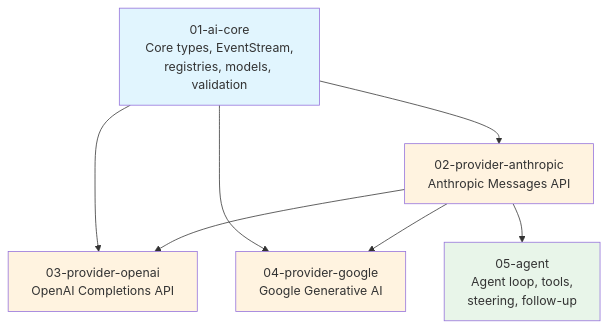
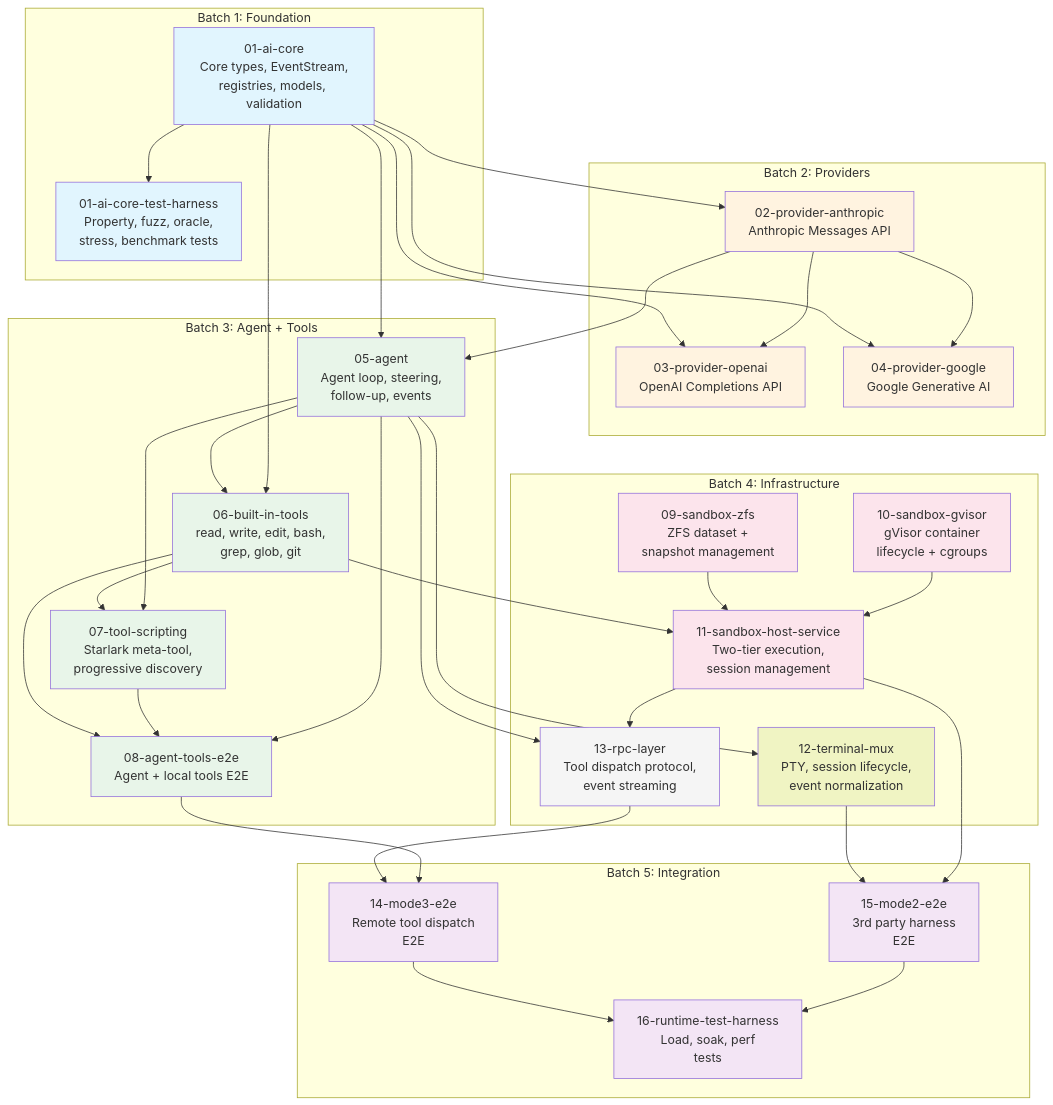
One commit to dcosson/flex-agent-runtime changed the diagram in docs/plans/00-plan-index.md. Above: the diagram before and after it, drawn with Mermaid. The commit also changed other lines of this file and 1 other file, not shown here.

First line of the commit message:
Replace architecture doc and plan index for full h2-agent-runtime scope

````diff
--- a/docs/plans/00-plan-index.md
+++ b/docs/plans/00-plan-index.md
@@ -46,23 +83,82 @@
 ```mermaid
 graph TD
-    A[01-ai-core<br/>Core types, EventStream,<br/>registries, models, validation]
+    subgraph "Batch 1: Foundation"
+        A[01-ai-core<br/>Core types, EventStream,<br/>registries, models, validation]
+        AH[01-ai-core-test-harness<br/>Property, fuzz, oracle,<br/>stress, benchmark tests]
+    end
 
-    B[02-provider-anthropic<br/>Anthropic Messages API]
-    C[03-provider-openai<br/>OpenAI Completions API]
-    D[04-provider-google<br/>Google Generative AI]
+    subgraph "Batch 2: Providers"
+        B[02-provider-anthropic<br/>Anthropic Messages API]
+        C[03-provider-openai<br/>OpenAI Completions API]
+        D[04-provider-google<br/>Google Generative AI]
+    end
 
-    E[05-agent<br/>Agent loop, tools,<br/>steering, follow-up]
+    subgraph "Batch 3: Agent + Tools"
+        E[05-agent<br/>Agent loop, steering,<br/>follow-up, events]
+        F[06-built-in-tools<br/>read, write, edit, bash,<br/>grep, glob, git]
+        G[07-tool-scripting<br/>Starlark meta-tool,<br/>progressive discovery]
+        H[08-agent-tools-e2e<br/>Agent + local tools E2E]
+    end
 
+    subgraph "Batch 4: Infrastructure"
+        I[09-sandbox-zfs<br/>ZFS dataset +<br/>snapshot management]
+        J[10-sandbox-gvisor<br/>gVisor container<br/>lifecycle + cgroups]
+        K[11-sandbox-host-service<br/>Two-tier execution,<br/>session management]
+        L[12-terminal-mux<br/>PTY, session lifecycle,<br/>event normalization]
+        M[13-rpc-layer<br/>Tool dispatch protocol,<br/>event streaming]
+    end
+
+    subgraph "Batch 5: Integration"
+        N[14-mode3-e2e<br/>Remote tool dispatch<br/>E2E]
+        O[15-mode2-e2e<br/>3rd party harness<br/>E2E]
+        P[16-runtime-test-harness<br/>Load, soak, perf<br/>tests]
+    end
+
+    A --> AH
     A --> B
     A --> C
     A --> D
     B --> C
     B --> D
     B --> E
+    A --> E
+    E --> F
+    A --> F
+    F --> G
+    E --> G
+    F --> H
+    G --> H
+    E --> H
+
+    I --> K
+    J --> K
+    F --> K
+    E --> L
+    K --> M
+    E --> M
+
+    M --> N
+    H --> N
+    L --> O
+    K --> O
+    N --> P
+    O --> P
 
     style A fill:#e1f5fe
+    style AH fill:#e1f5fe
     style B fill:#fff3e0
     style C fill:#fff3e0
     style D fill:#fff3e0
     style E fill:#e8f5e9
+    style F fill:#e8f5e9
+    style G fill:#e8f5e9
+    style H fill:#e8f5e9
+    style I fill:#fce4ec
+    style J fill:#fce4ec
+    style K fill:#fce4ec
+    style L fill:#f0f4c3
+    style M fill:#f5f5f5
+    style N fill:#f3e5f5
+    style O fill:#f3e5f5
+    style P fill:#f3e5f5
 ```
````
